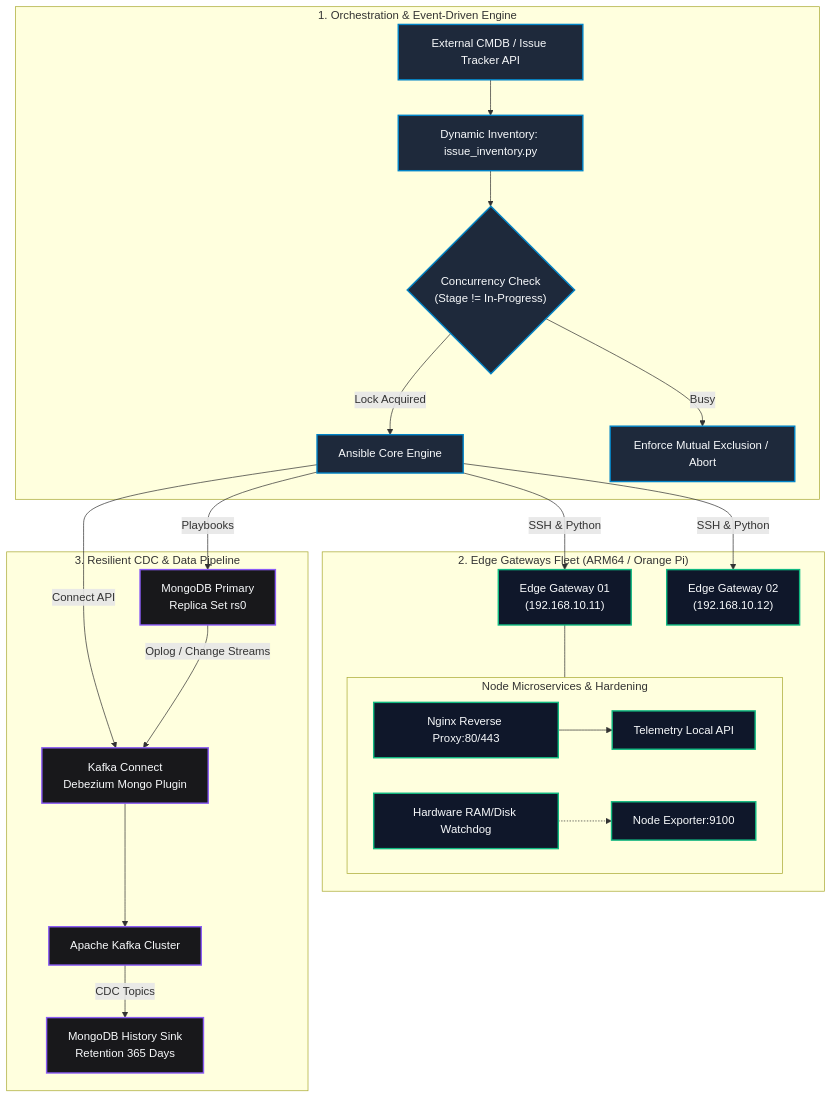
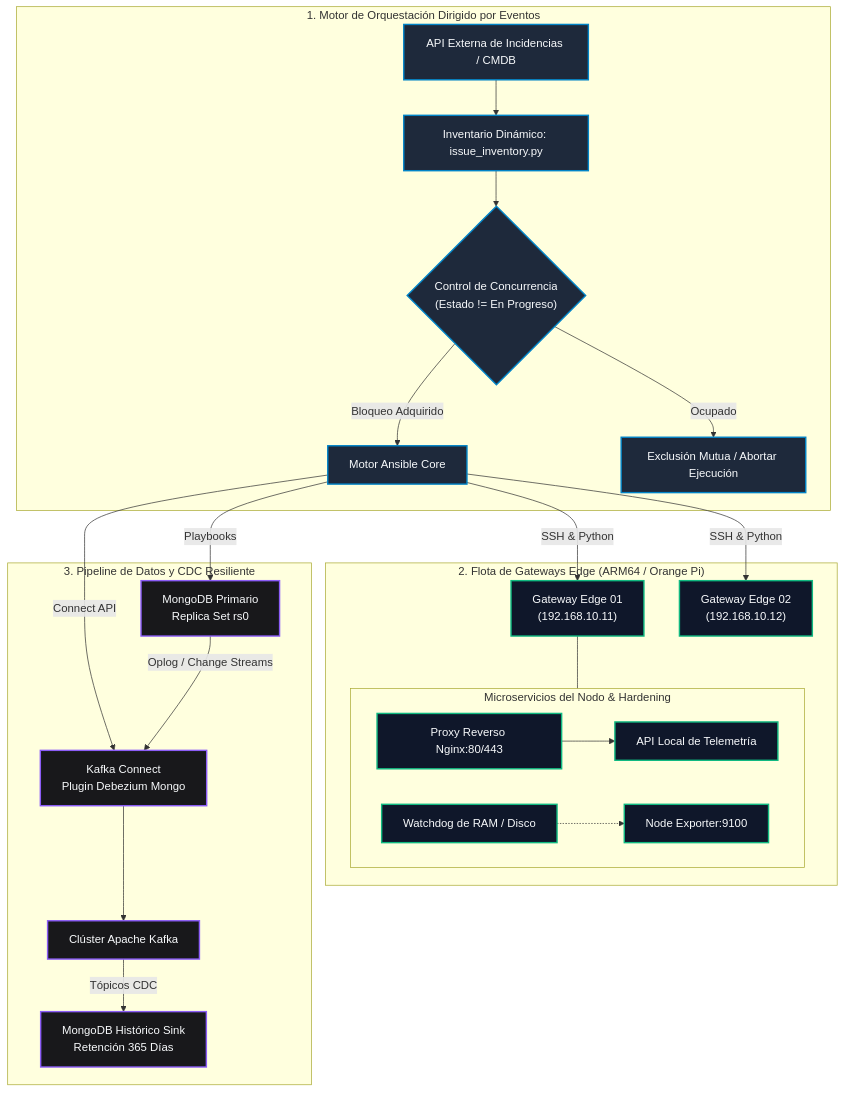
The diagram in README.md (sgloayza/edge-infrastructure-orchestrator), drawn with Mermaid before and after one commit. The commit also changed other lines of this file, not shown here.

````diff
--- a/README.md
+++ b/README.md
@@ -28,37 +28,37 @@
 ```mermaid
 flowchart TB
-    subgraph ORCH["1. Orchestration & Event-Driven Engine"]
-        API[External CMDB / Issue Tracker API] --> DYN_INV["Dynamic Inventory: issue_inventory.py"]
-        DYN_INV --> MUTEX{"Concurrency Check<br/>(Stage != In-Progress)"}
-        MUTEX -- Lock Acquired --> ANSIBLE[Ansible Core Engine]
-        MUTEX -- Busy --> ABORT[Enforce Mutual Exclusion / Abort]
+    subgraph ORCH["1. Motor de Orquestación Dirigido por Eventos"]
+        API[API Externa de Incidencias / CMDB] --> DYN_INV["Inventario Dinámico: issue_inventory.py"]
+        DYN_INV --> MUTEX{"Control de Concurrencia<br/>(Estado != En Progreso)"}
+        MUTEX -- Bloqueo Adquirido --> ANSIBLE[Motor Ansible Core]
+        MUTEX -- Ocupado --> ABORT[Exclusión Mutua / Abortar Ejecución]
     end
 
-    subgraph EDGE["2. Edge Gateways Fleet (ARM64 / Orange Pi)"]
-        ANSIBLE -->|SSH & Python| GW1["Edge Gateway 01<br/>(192.168.10.11)"]
-        ANSIBLE -->|SSH & Python| GW2["Edge Gateway 02<br/>(192.168.10.12)"]
+    subgraph EDGE["2. Flota de Gateways Edge (ARM64 / Orange Pi)"]
+        ANSIBLE -->|SSH & Python| GW1["Gateway Edge 01<br/>(192.168.10.11)"]
+        ANSIBLE -->|SSH & Python| GW2["Gateway Edge 02<br/>(192.168.10.12)"]
 
-        subgraph NODE_SERVICES["Node Microservices & Hardening"]
-            PROXY[Nginx Reverse Proxy:80/443] --> API_SVC[Telemetry Local API]
-            WATCHDOG[Hardware RAM/Disk Watchdog] -.-> PROMETHEUS[Node Exporter:9100]
+        subgraph NODE_SERVICES["Microservicios del Nodo & Hardening"]
+            PROXY[Proxy Reverso Nginx:80/443] --> API_SVC[API Local de Telemetría]
+            WATCHDOG[Watchdog de RAM / Disco] -.-> PROMETHEUS[Node Exporter:9100]
         end
         GW1 --- NODE_SERVICES
     end
 
-    subgraph DATA_STREAM["3. Resilient CDC & Data Pipeline"]
-        ANSIBLE -->|Playbooks| MONGO_PRI[MongoDB Primary<br/>Replica Set rs0]
-        ANSIBLE -->|Connect API| KAFKA_CONN[Kafka Connect<br/>Debezium Mongo Plugin]
+    subgraph DATA_STREAM["3. Pipeline de Datos y CDC Resiliente"]
+        ANSIBLE -->|Playbooks| MONGO_PRI[MongoDB Primario<br/>Replica Set rs0]
+        ANSIBLE -->|Connect API| KAFKA_CONN[Kafka Connect<br/>Plugin Debezium Mongo]
         
         MONGO_PRI -- "Oplog / Change Streams" --> KAFKA_CONN
-        KAFKA_CONN --> KAFKA_BROKER[Apache Kafka Cluster]
-        KAFKA_BROKER -- "CDC Topics" --> MONGO_SINK[MongoDB History Sink<br/>Retention 365 Days]
+        KAFKA_CONN --> KAFKA_BROKER[Clúster Apache Kafka]
+        KAFKA_BROKER -- "Tópicos CDC" --> MONGO_SINK[MongoDB Histórico Sink<br/>Retención 365 Días]
     end
 
     classDef orchStyle fill:#1e293b,stroke:#0284c7,stroke-width:2px,color:#f8fafc;
     classDef edgeStyle fill:#0f172a,stroke:#10b981,stroke-width:2px,color:#f8fafc;
     classDef dataStyle fill:#18181b,stroke:#8b5cf6,stroke-width:2px,color:#f8fafc;
 
     class API,DYN_INV,MUTEX,ANSIBLE,ABORT orchStyle;
     class GW1,GW2,PROXY,API_SVC,WATCHDOG,PROMETHEUS edgeStyle;
     class MONGO_PRI,KAFKA_CONN,KAFKA_BROKER,MONGO_SINK dataStyle;
 ```
````
